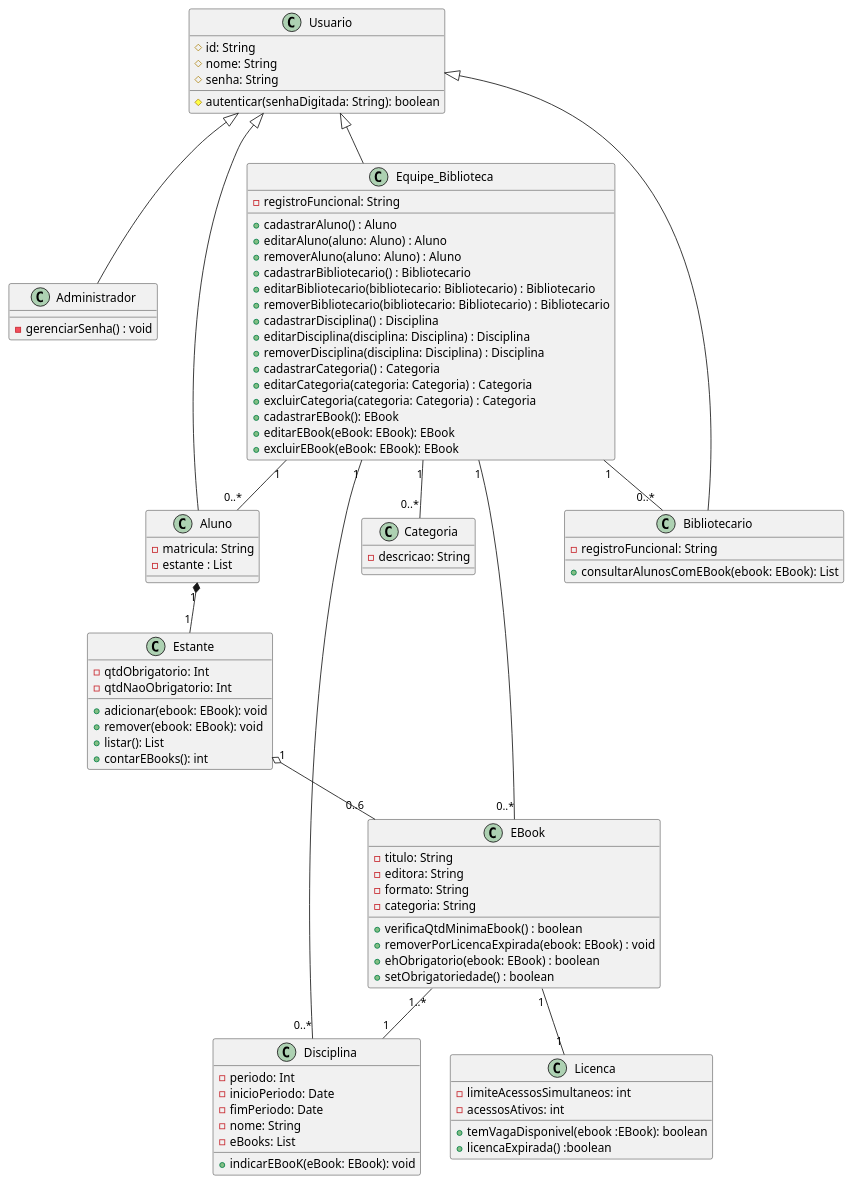
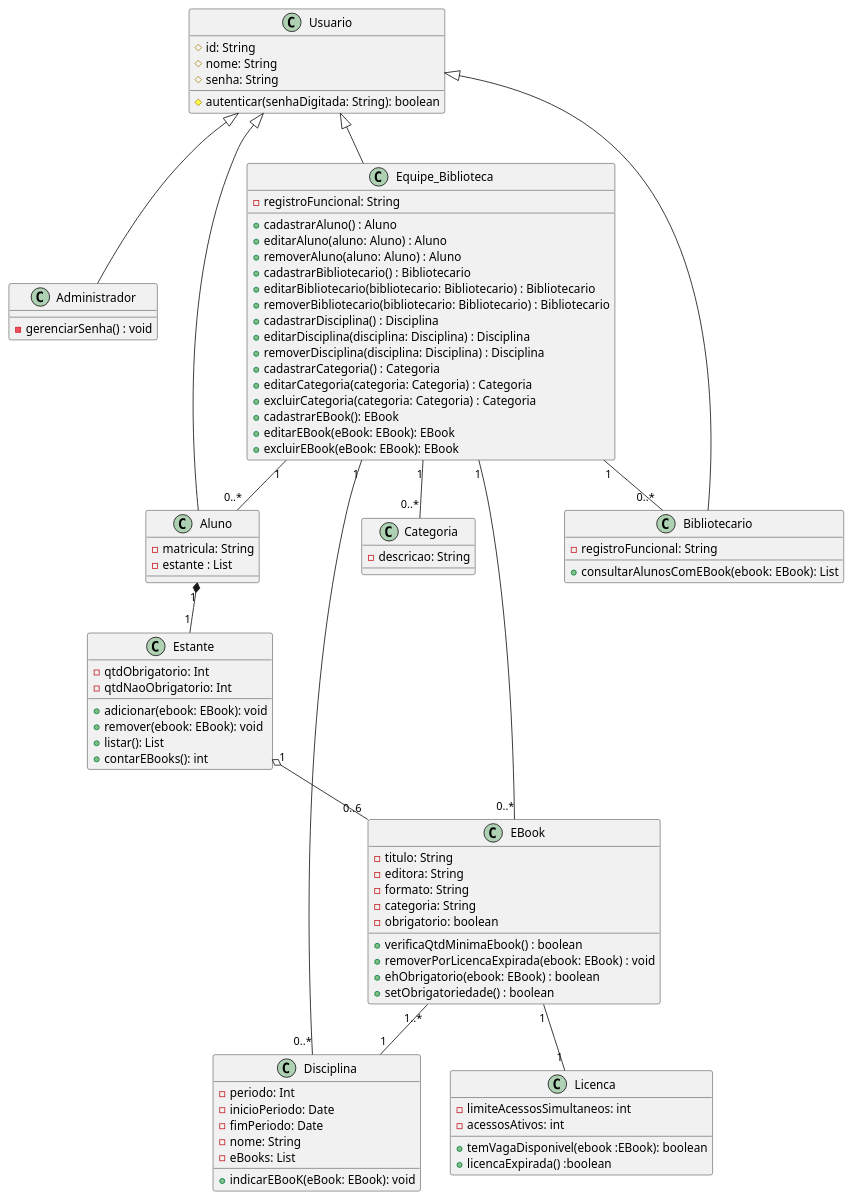
One commit to brunokilo/lab01-ebooks-biblioteca changed the diagram in docs/diagramas/diagrama-de-classe.puml. Above: the diagram before and after it, drawn with PlantUML.

Commit message:
diagrama: adição do atributo obrigatorio à classe EBook

```diff
--- a/docs/diagramas/diagrama-de-classe.puml
+++ b/docs/diagramas/diagrama-de-classe.puml
@@ -1,97 +1,98 @@
 @startuml diagrama_de_classes_ebooks
 
 class Usuario {
   #id: String
   #nome: String
   #senha: String
   #autenticar(senhaDigitada: String): boolean
 }
 
 class Administrador{
   -gerenciarSenha() : void
 }
 
 class Aluno {
   -matricula: String
   -estante : List
 }
 
 class Bibliotecario {
   -registroFuncional: String
   +consultarAlunosComEBook(ebook: EBook): List
 }
 
 class Equipe_Biblioteca{
   -registroFuncional: String
   +cadastrarAluno() : Aluno
   +editarAluno(aluno: Aluno) : Aluno
   +removerAluno(aluno: Aluno) : Aluno
   +cadastrarBibliotecario() : Bibliotecario
   +editarBibliotecario(bibliotecario: Bibliotecario) : Bibliotecario
   +removerBibliotecario(bibliotecario: Bibliotecario) : Bibliotecario
   +cadastrarDisciplina() : Disciplina
   +editarDisciplina(disciplina: Disciplina) : Disciplina
   +removerDisciplina(disciplina: Disciplina) : Disciplina
   +cadastrarCategoria() : Categoria
   +editarCategoria(categoria: Categoria) : Categoria
   +excluirCategoria(categoria: Categoria) : Categoria
   +cadastrarEBook(): EBook
   +editarEBook(eBook: EBook): EBook
   +excluirEBook(eBook: EBook): EBook
 }
 
 class Disciplina{
   -periodo: Int
   -inicioPeriodo: Date
   -fimPeriodo: Date
   -nome: String
   -eBooks: List
   +indicarEBooK(eBook: EBook): void
 }
 
 class Categoria{
   -descricao: String
 }
 
 class EBook {
   -titulo: String
   -editora: String
   -formato: String
   -categoria: String
+  -obrigatorio: boolean
   +verificaQtdMinimaEbook() : boolean
   +removerPorLicencaExpirada(ebook: EBook) : void
   +ehObrigatorio(ebook: EBook) : boolean
   +setObrigatoriedade() : boolean
 }
 
 class Licenca {
   -limiteAcessosSimultaneos: int
   -acessosAtivos: int
   +temVagaDisponivel(ebook :EBook): boolean
   +licencaExpirada() :boolean
 }
 
 class Estante {
   -qtdObrigatorio: Int
   -qtdNaoObrigatorio: Int
   +adicionar(ebook: EBook): void
   +remover(ebook: EBook): void
   +listar(): List
   +contarEBooks(): int
 }
 
 Usuario <|-- Aluno
 Usuario <|-- Bibliotecario
 Usuario <|-- Equipe_Biblioteca
 Usuario <|-- Administrador
 
 Aluno "1" *-- "1" Estante
 Estante "1" o-- "0..6" EBook
 EBook "1" -- "1" Licenca
 EBook "1..*" -- "1" Disciplina
 Equipe_Biblioteca "1" -- "0..*" Aluno
 Equipe_Biblioteca "1" -- "0..*" Bibliotecario
 Equipe_Biblioteca "1" -- "0..*" EBook
 Equipe_Biblioteca "1" -- "0..*" Disciplina
 Equipe_Biblioteca "1" -- "0..*" Categoria
 @enduml
```
